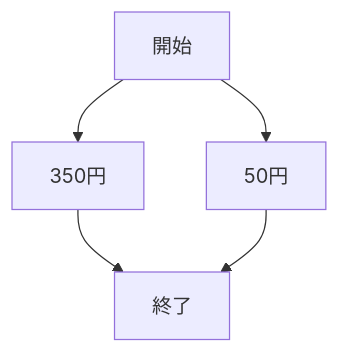
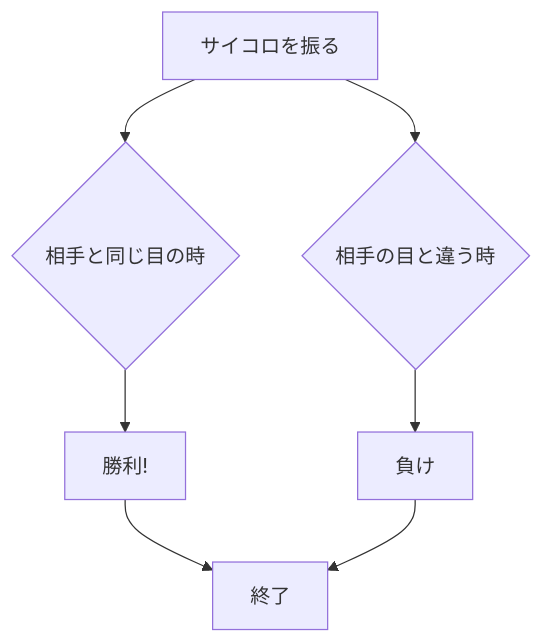
Before and after one commit to takeru131/webpro_06: the second of 3 diagrams in README.md, drawn with Mermaid. The commit also changed other lines of this file, not shown here.

````diff
--- a/README.md
+++ b/README.md
@@ -37,13 +43,17 @@
 ```mermaid
 flowchart TD;
 
-start["開始"];
+start["サイコロを振る"];
 end1["終了"]
-win["350円"]
-loose["50円"]
+if{"相手と同じ目の時"}
+if2{"相手の目と違う時"}
+win["勝利!"]
+loose["負け"]
 
-start --> win
+start --> if
+if --> win
 win --> end1
-start --> loose
+start --> if2
+if2 --> loose
 loose --> end1
 ```
````
